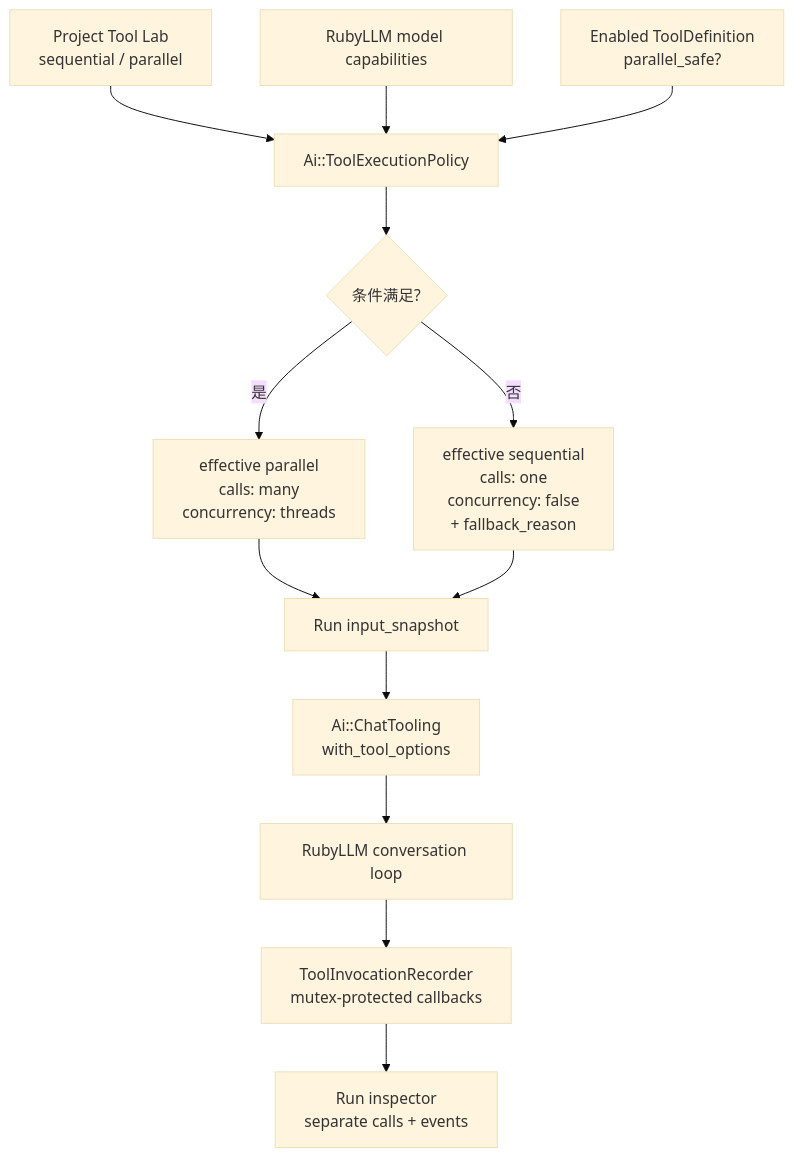
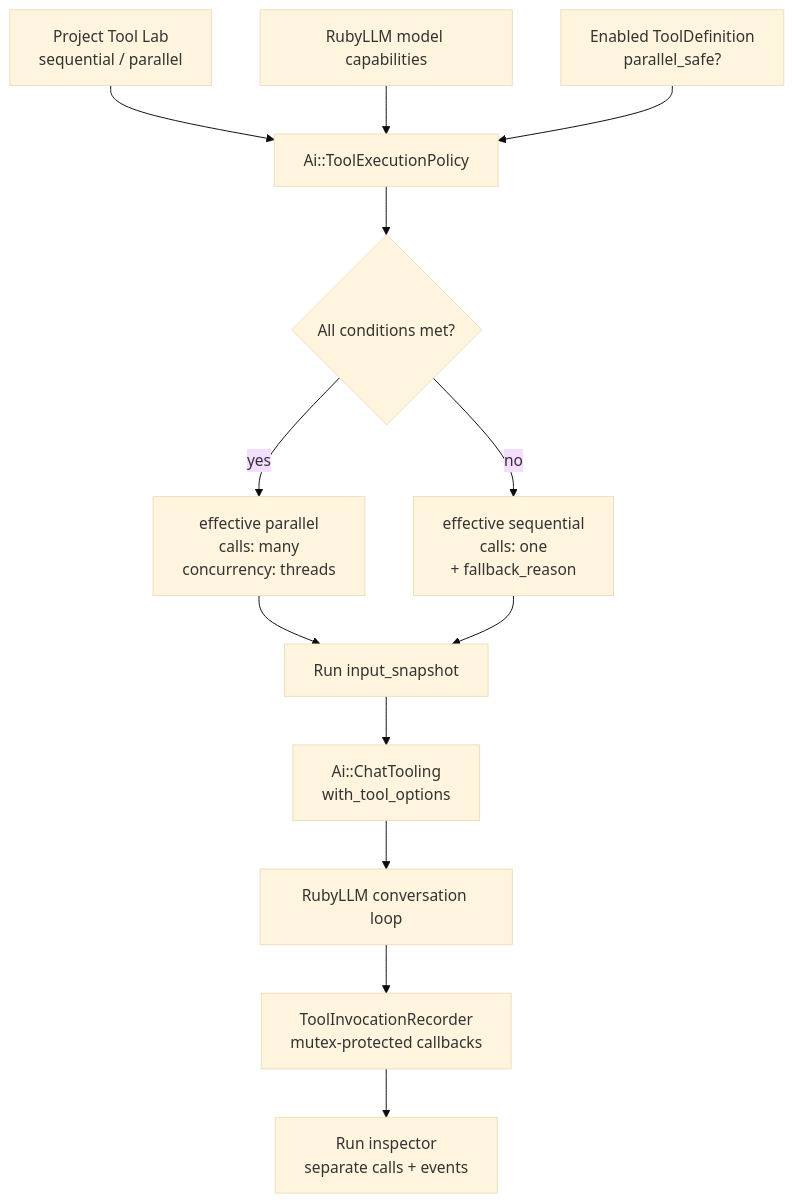
The fifth of 10 diagrams in docs/ARCHITECTURE.md (yorzi/rubyllm-workbench), drawn with Mermaid (base theme) before and after one commit. The commit also changed other lines of this file and 14 other files, not shown here.

````diff
--- a/docs/ARCHITECTURE.md
+++ b/docs/ARCHITECTURE.md
@@ -494,15 +334,15 @@
 ```mermaid
 flowchart TD
     Setting["Project Tool Lab\nsequential / parallel"] --> Policy["Ai::ToolExecutionPolicy"]
     Model["RubyLLM model capabilities"] --> Policy
     Tools["Enabled ToolDefinition\nparallel_safe?"] --> Policy
-    Policy --> Decision{"条件满足?"}
-    Decision -- "是" --> Parallel["effective parallel\ncalls: many\nconcurrency: threads"]
-    Decision -- "否" --> Fallback["effective sequential\ncalls: one\nconcurrency: false\n+ fallback_reason"]
+    Policy --> Decision{"All conditions met?"}
+    Decision -- "yes" --> Parallel["effective parallel\ncalls: many\nconcurrency: threads"]
+    Decision -- "no" --> Fallback["effective sequential\ncalls: one\n+ fallback_reason"]
     Parallel --> Snapshot["Run input_snapshot"]
     Fallback --> Snapshot
     Snapshot --> ChatTooling["Ai::ChatTooling\nwith_tool_options"]
     ChatTooling --> RubyLLM["RubyLLM conversation loop"]
     RubyLLM --> Recorder["ToolInvocationRecorder\nmutex-protected callbacks"]
     Recorder --> Inspector["Run inspector\nseparate calls + events"]
 ```
````
